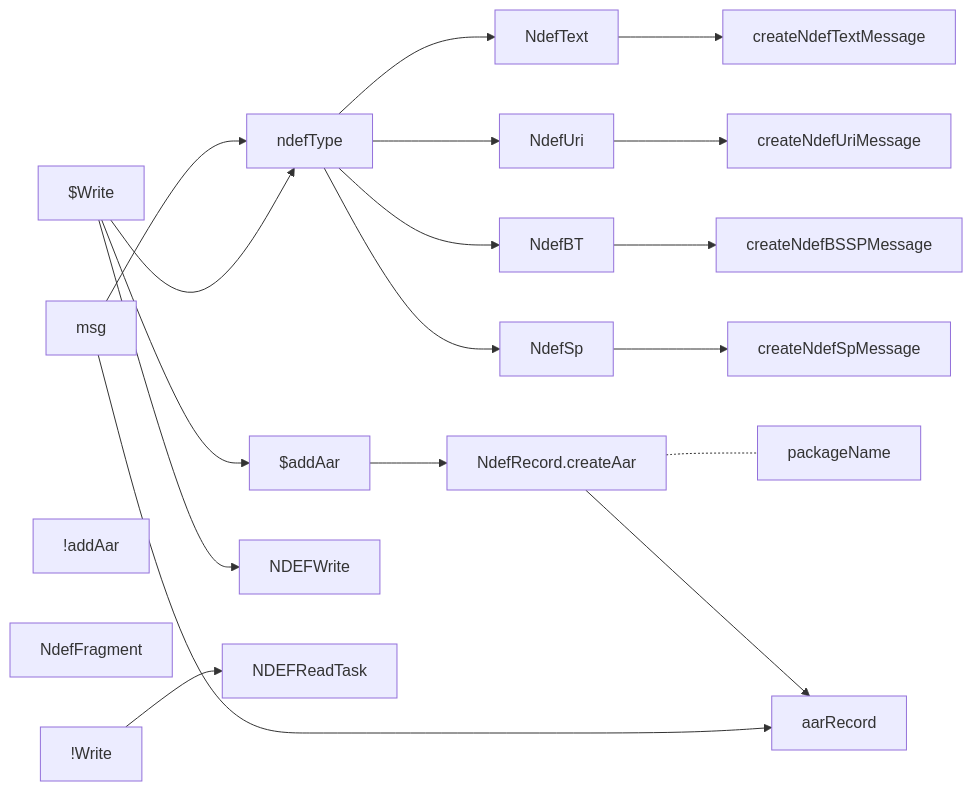
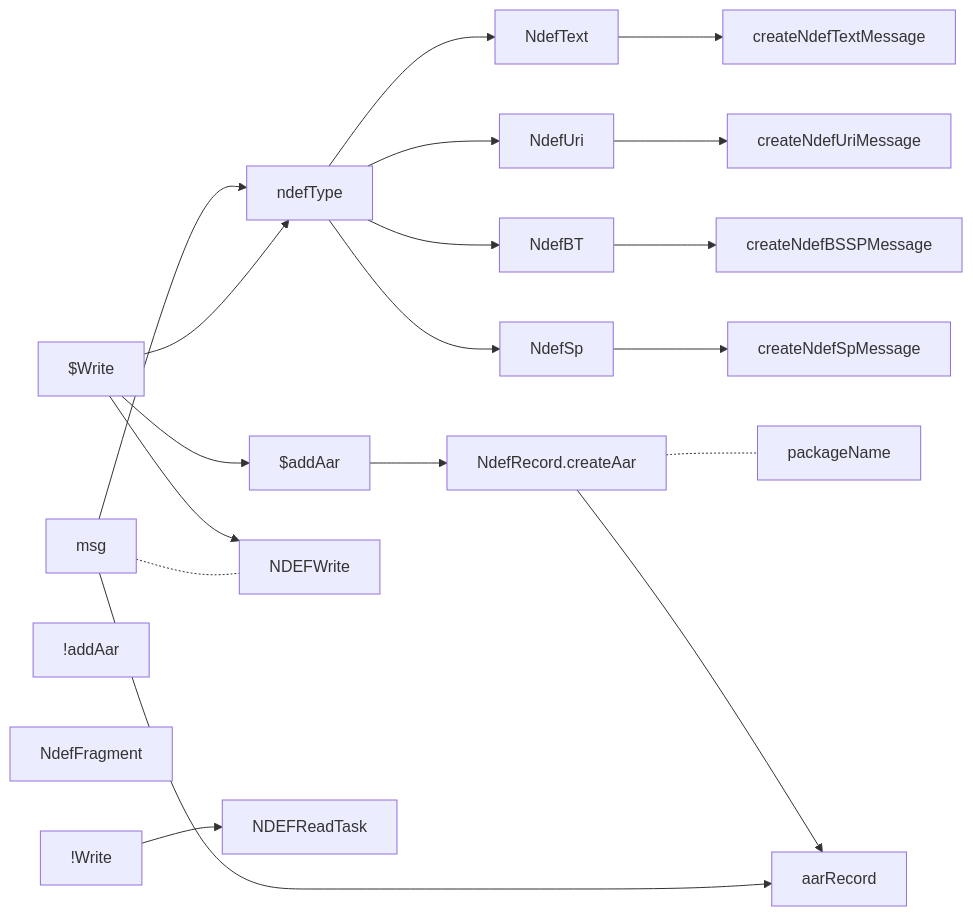
Before and after one commit to gordianknotC/nxp_note: the diagram in nxp/Demo.md, drawn with Mermaid. The commit also changed other lines of this file, not shown here.

Commit message:
nxp/Demo.md updated from https://stackedit.io/

````diff
--- a/nxp/Demo.md
+++ b/nxp/Demo.md
@@ -7,40 +7,40 @@
 ``` mermaid
 graph LR
 $Write
 !Write
 $addAar
 !addAar
 
 NdefFragment
 NdefText
 NdefUri
 NdefBT
 NdefSp
 ndefType
 
 msg --> ndefType
 $Write --> NDEFWrite
 $Write --> ndefType
 $Write --> $addAar
+!Write --> NDEFReadTask
 
 ndefType --> NdefText
 ndefType --> NdefUri
 ndefType --> NdefBT
 ndefType --> NdefSp
 NdefText --> createNdefTextMessage
 NdefUri --> createNdefUriMessage
 NdefBT --> createNdefBSSPMessage
 NdefSp --> createNdefSpMessage
 
-
 $addAar --> NdefRecord.createAar
 NdefRecord.createAar -.- packageName
 NdefRecord.createAar --> aarRecord
 
 msg --> aarRecord
-!Write --> NDEFReadTask
+msg -.- NDEFWrite
 
 
 
 
 ```
````
